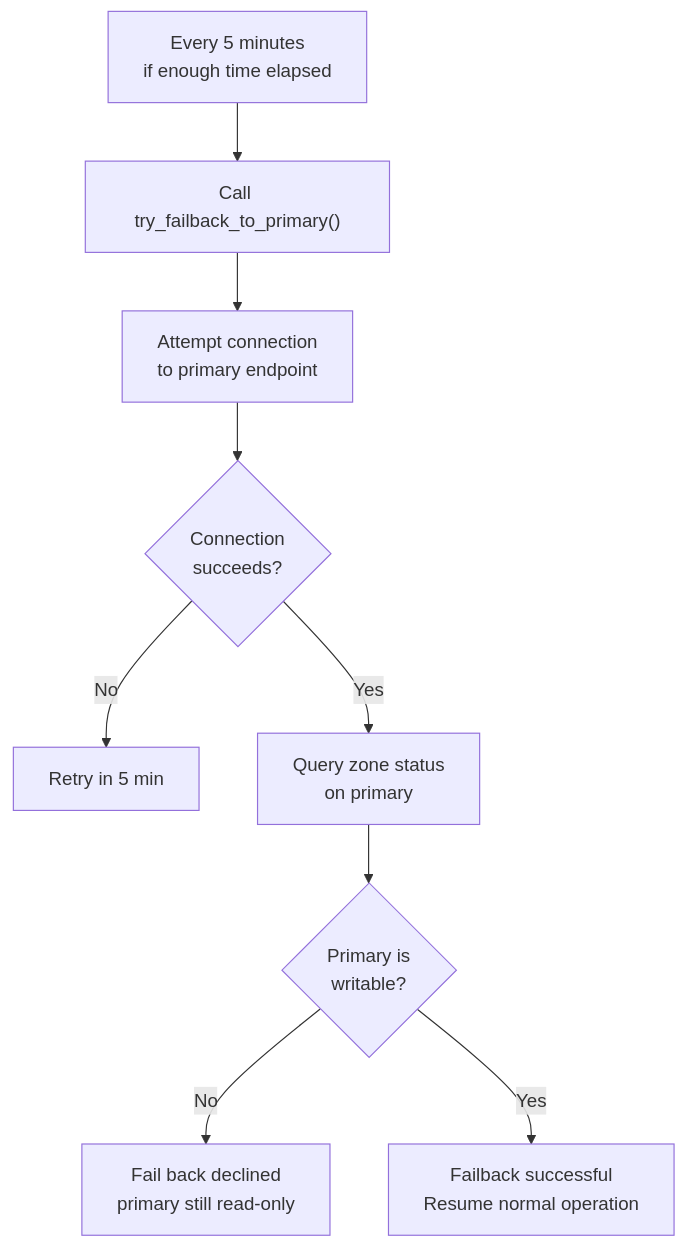
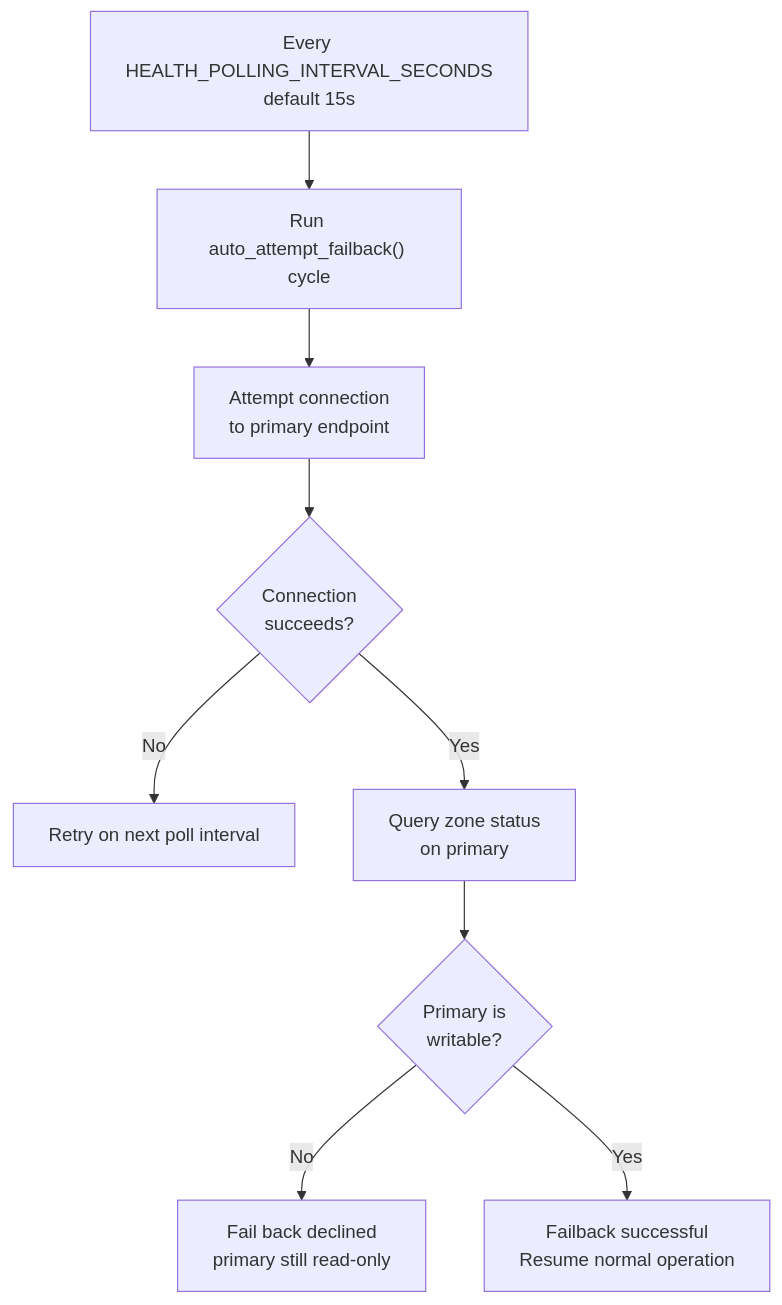
Before and after one commit to djr747/external-dns-technitium-webhook: the third of 10 diagrams in docs/architecture/ARCHITECTURE.md, drawn with Mermaid. The commit also changed other lines of this file and 19 other files, not shown here.

First line of the commit message:
release: v1.0.5 - Separated failback polling from token renewal + CI dependency updates

````diff
--- a/docs/architecture/ARCHITECTURE.md
+++ b/docs/architecture/ARCHITECTURE.md
@@ -189,11 +192,11 @@
 ```mermaid
 graph TD
-    A["Every 5 minutes<br/>if enough time elapsed"] --> B["Call try_failback_to_primary()"]
+    A["Every HEALTH_POLLING_INTERVAL_SECONDS<br/>default 15s"] --> B["Run auto_attempt_failback() cycle"]
     B --> C["Attempt connection<br/>to primary endpoint"]
     C --> D{"Connection<br/>succeeds?"}
-    D -->|No| E["Retry in 5 min"]
+    D -->|No| E["Retry on next poll interval"]
     D -->|Yes| F["Query zone status<br/>on primary"]
     F --> G{"Primary is<br/>writable?"}
     G -->|No| H["Fail back declined<br/>primary still read-only"]
     G -->|Yes| I["Failback successful<br/>Resume normal operation"]
 ```
````
